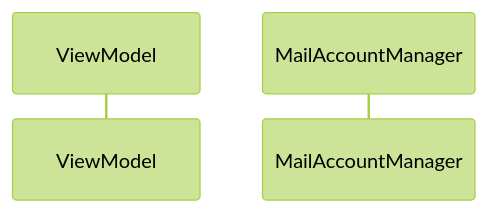
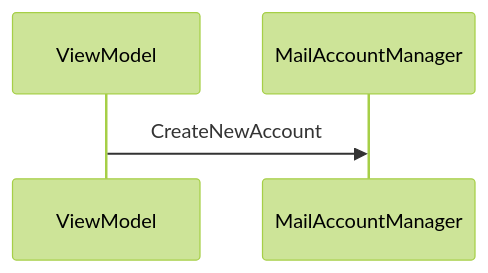
The diagram in Documentation/Settings.md (jan-schubert/Mailie), drawn with Mermaid (forest theme) before and after one commit. The commit also changed other lines of this file, not shown here.

````diff
--- a/Documentation/Settings.md
+++ b/Documentation/Settings.md
@@ -4,7 +4,8 @@
 ```mermaid
 sequenceDiagram
 participant ViewModel
+ViewModel->>MailAccountManager: CreateNewAccount
 
 participant MailAccountManager
 
 ```
````
